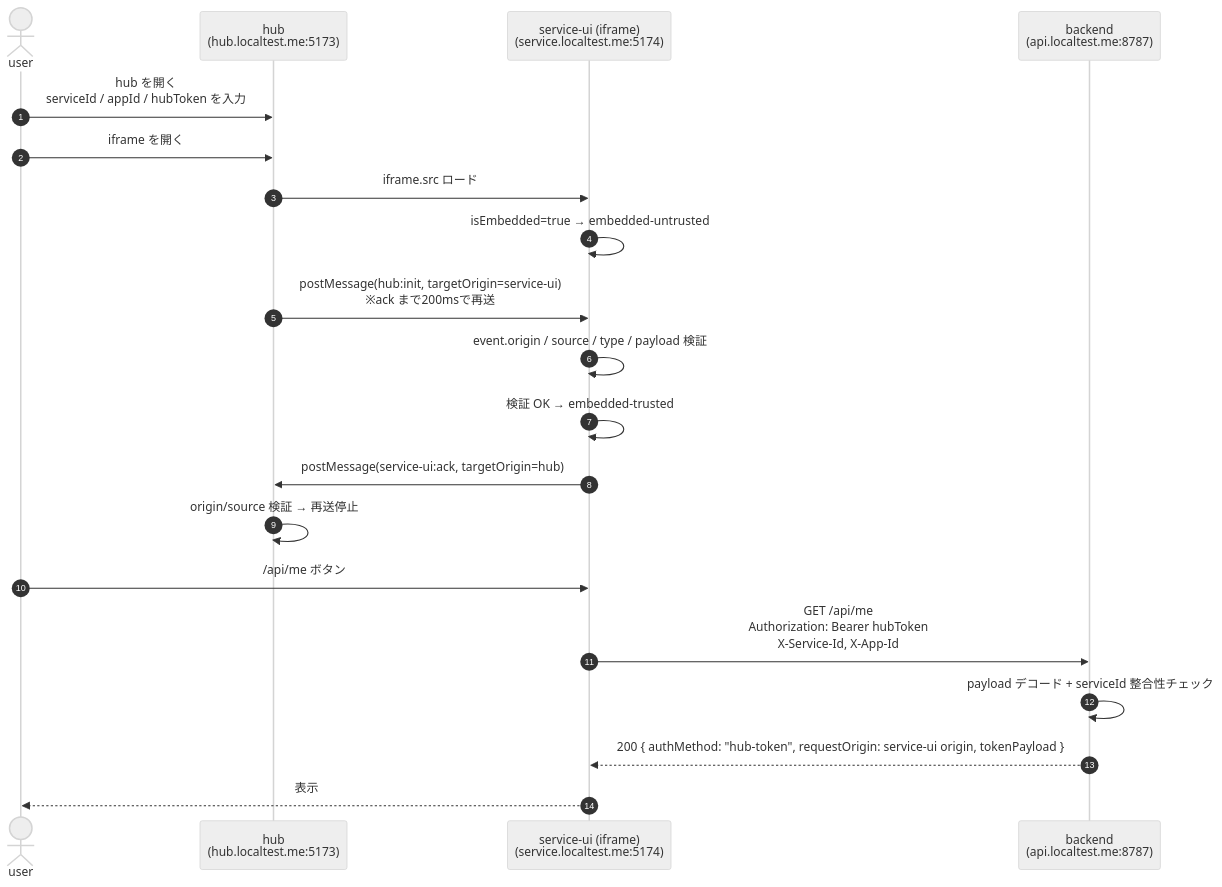
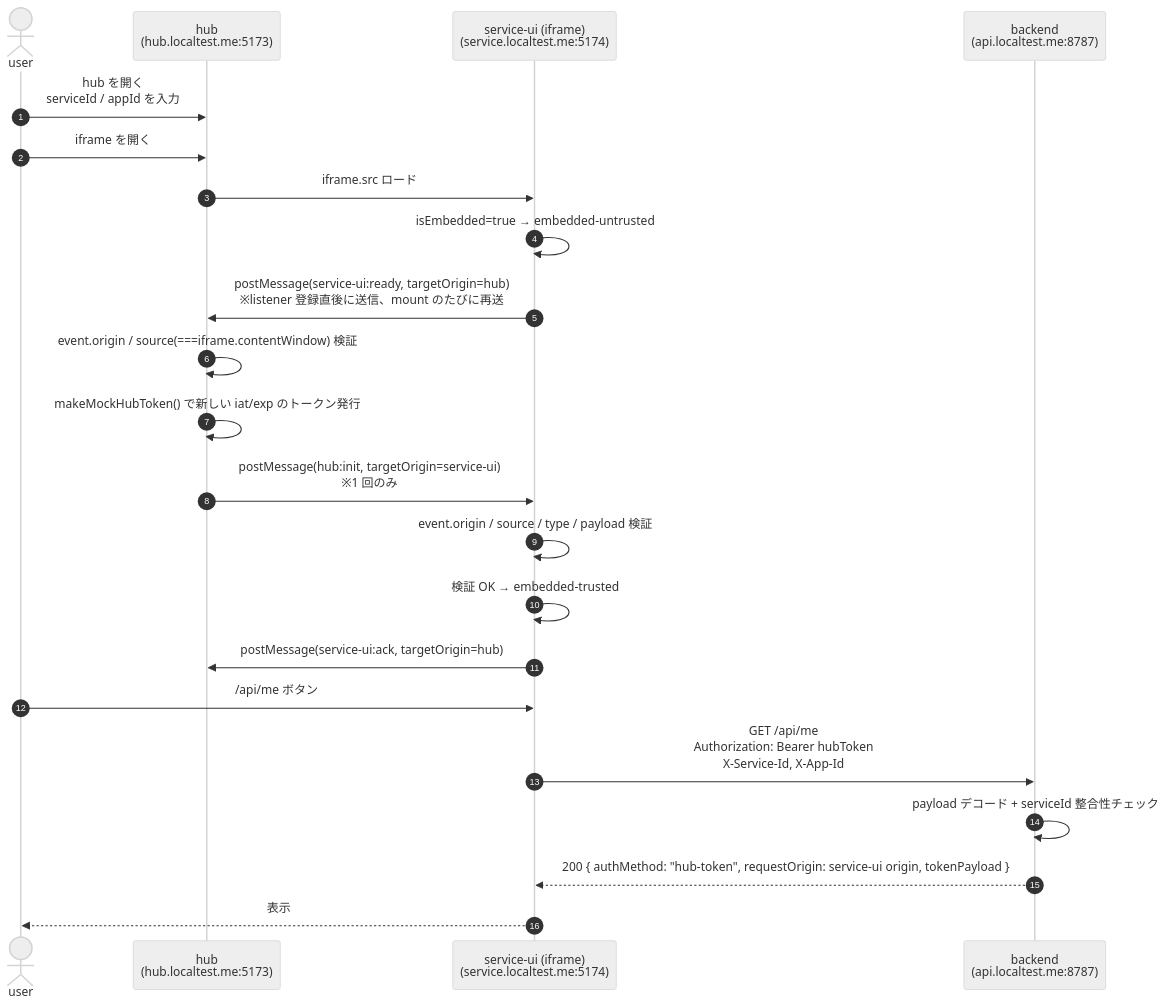
The second of 2 diagrams in README.md (kajidog/iframe-test), drawn with Mermaid (neutral theme) before and after one commit. The commit also changed other lines of this file and 8 other files, not shown here.

First line of the commit message:
refactor(handshake): invert token flow to child-initiated and add deploy docs

````diff
--- a/README.md
+++ b/README.md
@@ -79,23 +81,25 @@
 ```mermaid
 sequenceDiagram
   autonumber
   actor U as user
   participant H as hub<br/>(hub.localtest.me:5173)
   participant S as service-ui (iframe)<br/>(service.localtest.me:5174)
   participant B as backend<br/>(api.localtest.me:8787)
 
-  U->>H: hub を開く<br/>serviceId / appId / hubToken を入力
+  U->>H: hub を開く<br/>serviceId / appId を入力
   U->>H: iframe を開く
   H->>S: iframe.src ロード
   S->>S: isEmbedded=true → embedded-untrusted
-  H->>S: postMessage(hub:init, targetOrigin=service-ui)<br/>※ack まで200msで再送
+  S->>H: postMessage(service-ui:ready, targetOrigin=hub)<br/>※listener 登録直後に送信、mount のたびに再送
+  H->>H: event.origin / source(===iframe.contentWindow) 検証
+  H->>H: makeMockHubToken() で新しい iat/exp のトークン発行
+  H->>S: postMessage(hub:init, targetOrigin=service-ui)<br/>※1 回のみ
   S->>S: event.origin / source / type / payload 検証
   S->>S: 検証 OK → embedded-trusted
   S->>H: postMessage(service-ui:ack, targetOrigin=hub)
-  H->>H: origin/source 検証 → 再送停止
   U->>S: /api/me ボタン
   S->>B: GET /api/me<br/>Authorization: Bearer hubToken<br/>X-Service-Id, X-App-Id
   B->>B: payload デコード + serviceId 整合性チェック
   B-->>S: 200 { authMethod: "hub-token", requestOrigin: service-ui origin, tokenPayload }
   S-->>U: 表示
 ```
````
